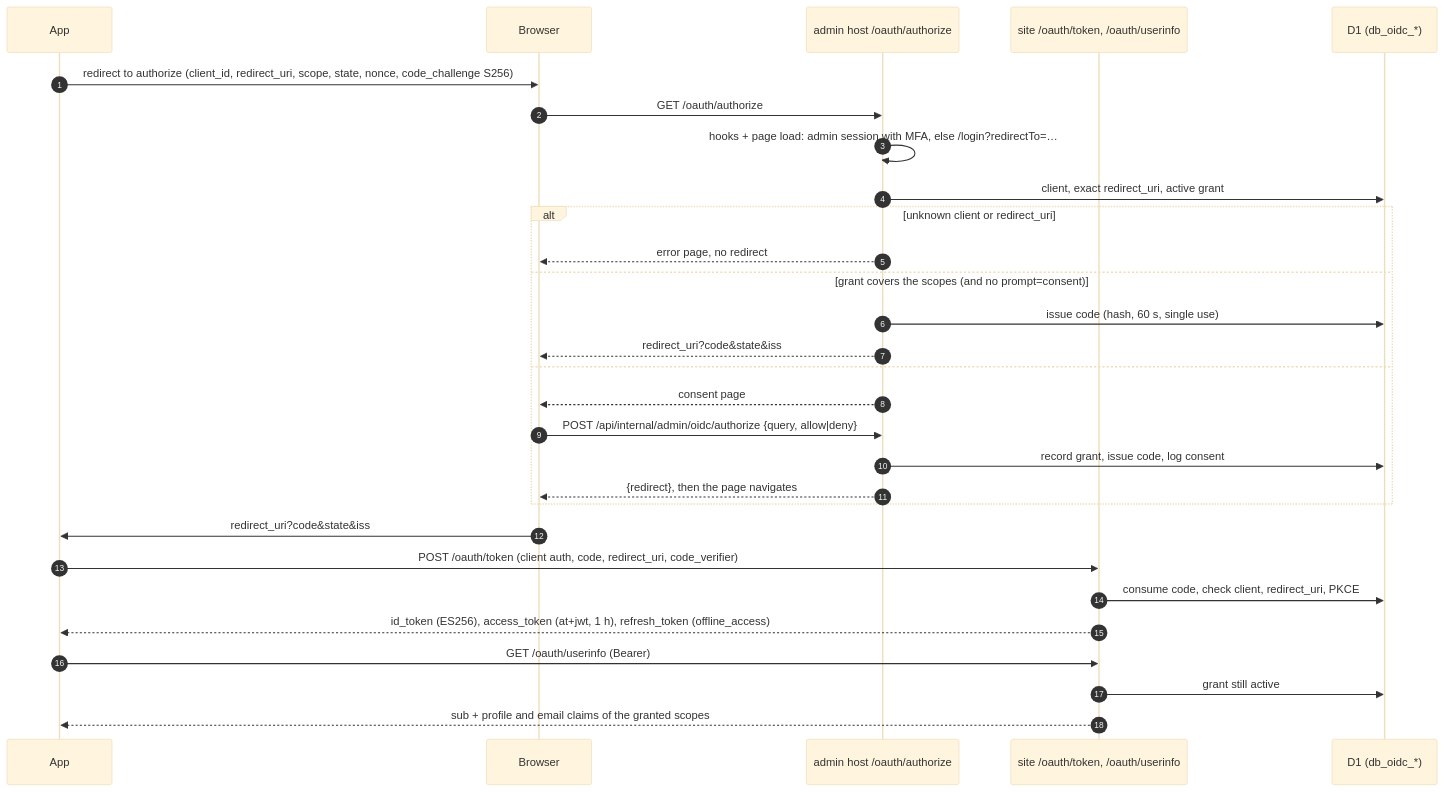
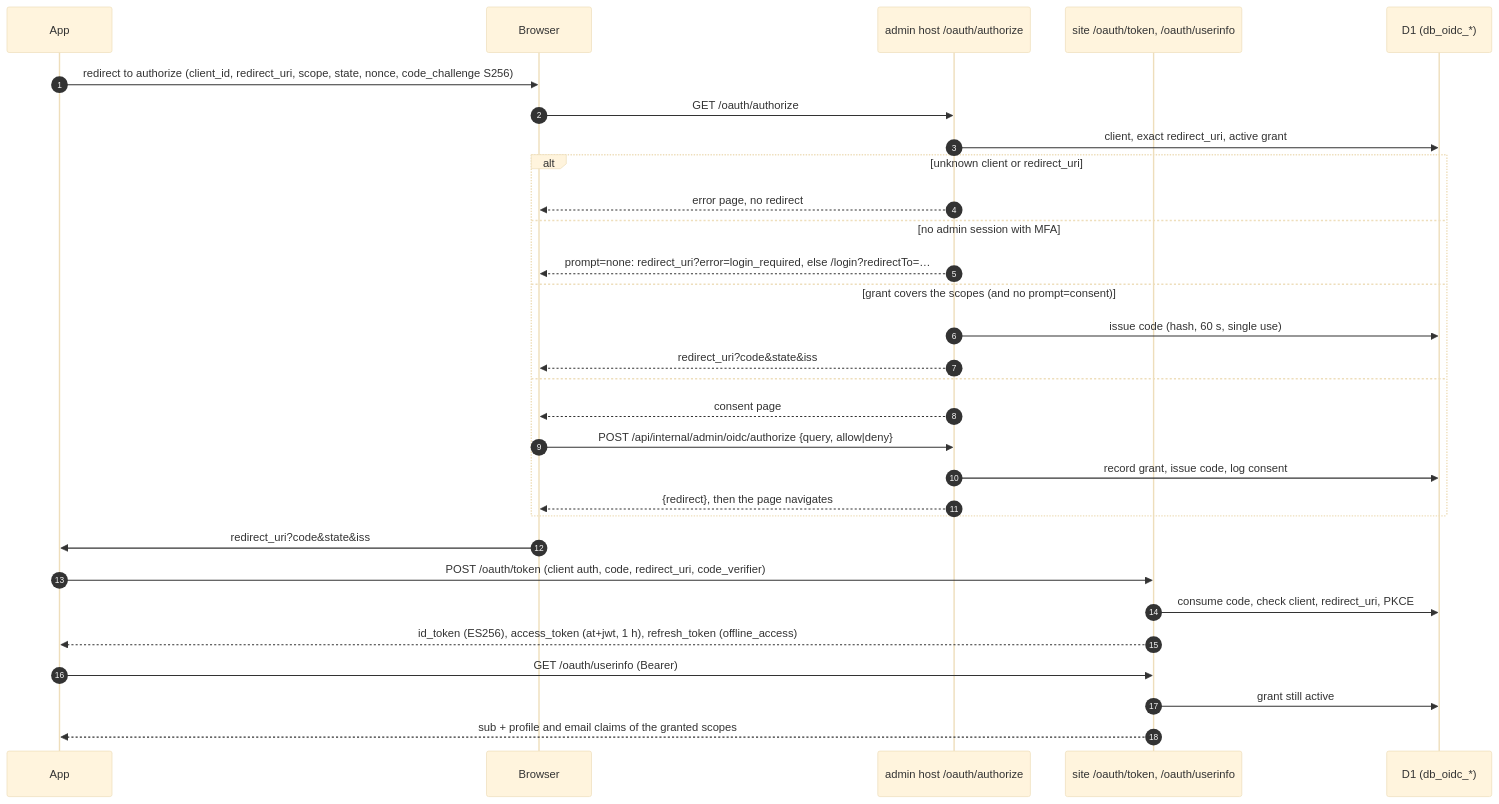
One commit to farhnkrnapratma/idstead changed the diagram in docs/003-architecture/012-identity-provider.md. Above: the diagram before and after it, drawn with Mermaid (base theme). The commit also changed other lines of this file and 34 other files, not shown here.

````diff
--- a/docs/003-architecture/012-identity-provider.md
+++ b/docs/003-architecture/012-identity-provider.md
@@ -20,32 +20,33 @@
 ```mermaid
 sequenceDiagram
     autonumber
     participant A as App
     participant B as Browser
     participant AD as admin host /oauth/authorize
     participant W as site /oauth/token, /oauth/userinfo
     participant D as D1 (db_oidc_*)
 
     A->>B: redirect to authorize (client_id, redirect_uri, scope, state, nonce, code_challenge S256)
     B->>AD: GET /oauth/authorize
-    AD->>AD: hooks + page load: admin session with MFA, else /login?redirectTo=…
     AD->>D: client, exact redirect_uri, active grant
     alt unknown client or redirect_uri
         AD-->>B: error page, no redirect
+    else no admin session with MFA
+        AD-->>B: prompt=none: redirect_uri?error=login_required, else /login?redirectTo=…
     else grant covers the scopes (and no prompt=consent)
         AD->>D: issue code (hash, 60 s, single use)
         AD-->>B: redirect_uri?code&state&iss
     else
         AD-->>B: consent page
         B->>AD: POST /api/internal/admin/oidc/authorize {query, allow|deny}
         AD->>D: record grant, issue code, log consent
         AD-->>B: {redirect}, then the page navigates
     end
     B->>A: redirect_uri?code&state&iss
     A->>W: POST /oauth/token (client auth, code, redirect_uri, code_verifier)
     W->>D: consume code, check client, redirect_uri, PKCE
     W-->>A: id_token (ES256), access_token (at+jwt, 1 h), refresh_token (offline_access)
     A->>W: GET /oauth/userinfo (Bearer)
     W->>D: grant still active
     W-->>A: sub + profile and email claims of the granted scopes
 ```
````
